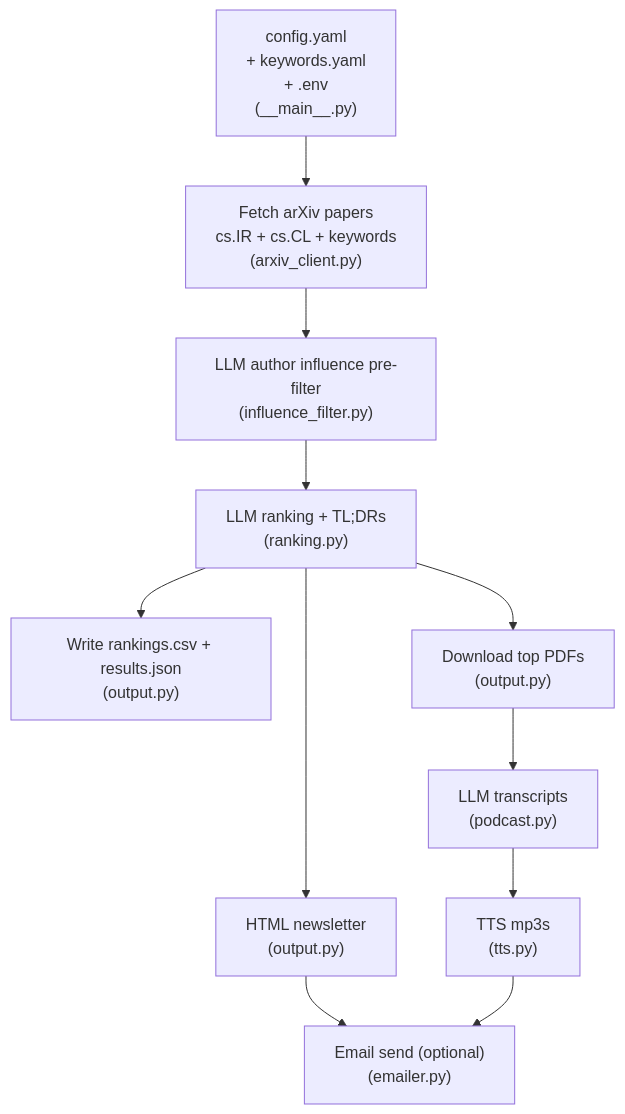
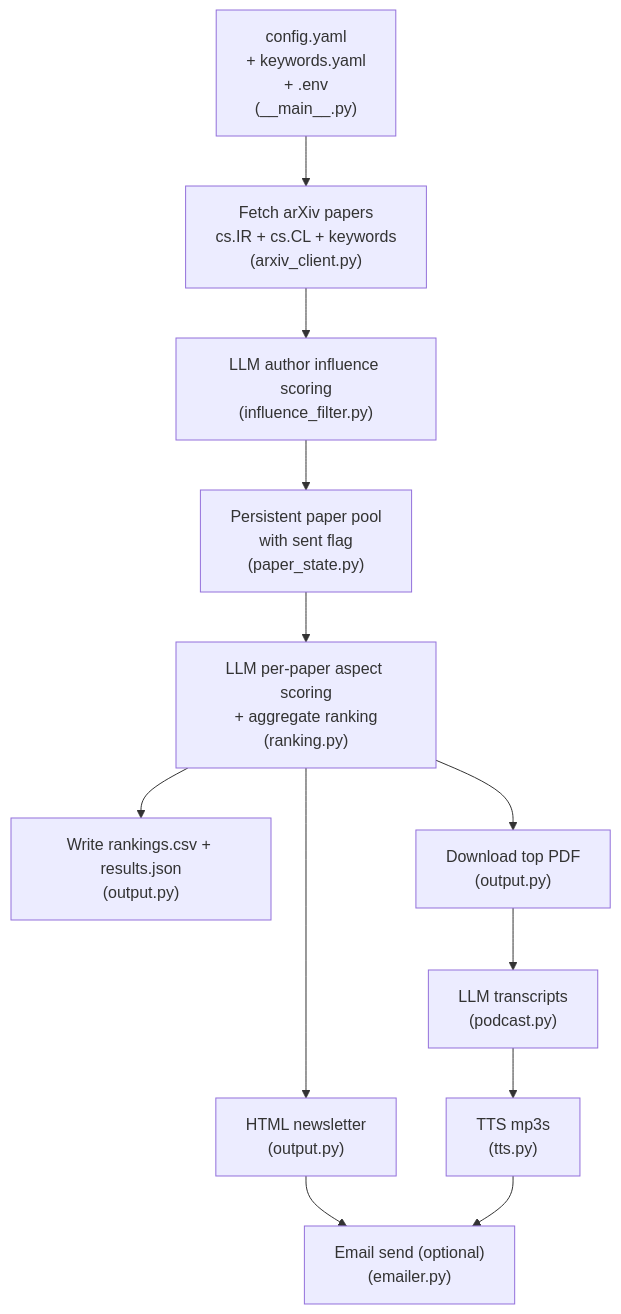
One commit to hideaki-j/arxiv-daily-podcast changed the diagram in README.md. Above: the diagram before and after it, drawn with Mermaid. The commit also changed other lines of this file and 17 other files, not shown here.

First line of the commit message:
Refactor ranking system and update newsletter template

````diff
--- a/README.md
+++ b/README.md
@@ -62,13 +63,14 @@
 ```mermaid
 flowchart TD
   A["config.yaml<br>+ keywords.yaml<br>+ .env<br/>(__main__.py)"] --> B["Fetch arXiv papers<br/>cs.IR + cs.CL + keywords<br/>(arxiv_client.py)"]
-  B --> C["LLM author influence pre-filter<br/>(influence_filter.py)"]
-  C --> D["LLM ranking + TL;DRs<br/>(ranking.py)"]
-  D --> E["Write rankings.csv + results.json<br/>(output.py)"]
-  D --> F["Download top PDFs<br/>(output.py)"]
-  F --> G["LLM transcripts<br/>(podcast.py)"]
-  G --> H["TTS mp3s<br/>(tts.py)"]
-  D --> I["HTML newsletter<br/>(output.py)"]
-  I --> J["Email send (optional)<br/>(emailer.py)"]
-  H --> J
+  B --> C["LLM author influence scoring<br/>(influence_filter.py)"]
+  C --> D["Persistent paper pool<br/>with sent flag<br/>(paper_state.py)"]
+  D --> E["LLM per-paper aspect scoring<br/>+ aggregate ranking<br/>(ranking.py)"]
+  E --> F["Write rankings.csv + results.json<br/>(output.py)"]
+  E --> G["Download top PDF<br/>(output.py)"]
+  G --> H["LLM transcripts<br/>(podcast.py)"]
+  H --> I["TTS mp3s<br/>(tts.py)"]
+  E --> J["HTML newsletter<br/>(output.py)"]
+  J --> K["Email send (optional)<br/>(emailer.py)"]
+  I --> K
 ```
````
